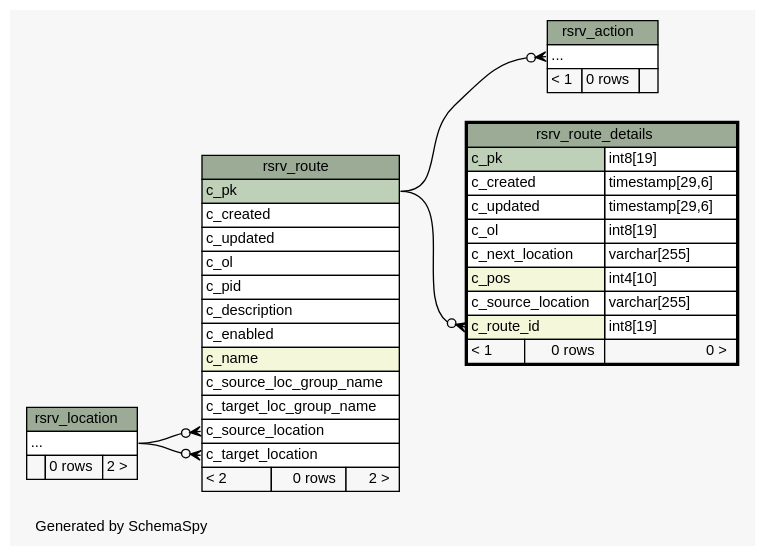
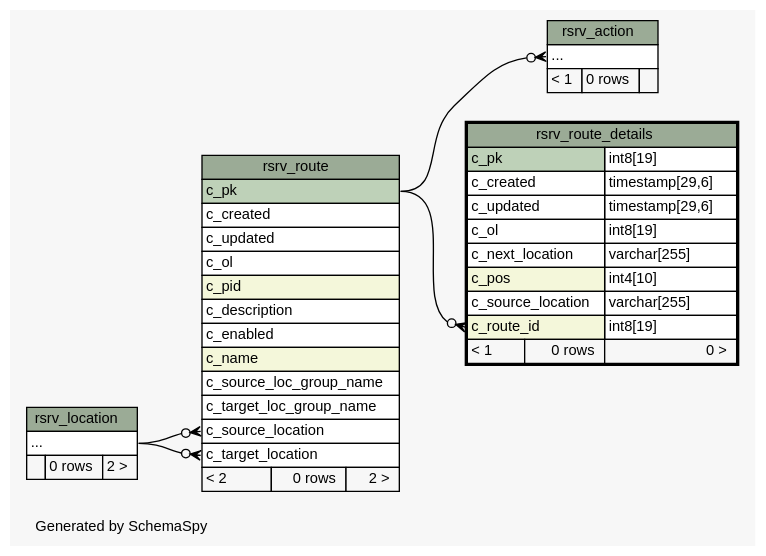
The diagram in 2.0.0-SNAPSHOT/schemaspy/diagrams/rsrv_route_details.2degrees.dot (openwms/org.openwms.tms.routing.lib), drawn with Graphviz before and after one commit. The commit also changed 396 other files, not shown here.

```diff
--- a/2.0.0-SNAPSHOT/schemaspy/diagrams/rsrv_route_details.2degrees.dot
+++ b/2.0.0-SNAPSHOT/schemaspy/diagrams/rsrv_route_details.2degrees.dot
@@ -1,84 +1,84 @@
-// dot 2.43.0 on Linux 5.11.0-1027-azure
+// dot 2.43.0 on Linux 5.13.0-1017-azure
 // SchemaSpy rev Unknown
 digraph "twoDegreesRelationshipsDiagram" {
   graph [
     rankdir="RL"
     bgcolor="#f7f7f7"
     label="\nGenerated by SchemaSpy"
     labeljust="l"
     nodesep="0.18"
     ranksep="0.46"
     fontname="Helvetica"
     fontsize="11"
   ];
   node [
     fontname="Helvetica"
     fontsize="11"
     shape="plaintext"
   ];
   edge [
     arrowsize="0.8"
   ];
   "rsrv_action":"elipses":w -> "rsrv_route":"c_pk":e [arrowhead=none dir=back arrowtail=crowodot];
   "rsrv_route":"c_source_location":w -> "rsrv_location":"elipses":e [arrowhead=none dir=back arrowtail=crowodot];
   "rsrv_route":"c_target_location":w -> "rsrv_location":"elipses":e [arrowhead=none dir=back arrowtail=crowodot];
   "rsrv_route_details":"c_route_id":w -> "rsrv_route":"c_pk":e [arrowhead=none dir=back arrowtail=crowodot];
   "rsrv_action" [
     label=<
     <TABLE BORDER="0" CELLBORDER="1" CELLSPACING="0" BGCOLOR="#ffffff">
       <TR><TD COLSPAN="3" BGCOLOR="#9bab96" ALIGN="CENTER">rsrv_action</TD></TR>
       <TR><TD PORT="elipses" COLSPAN="3" ALIGN="LEFT">...</TD></TR>
       <TR><TD ALIGN="LEFT" BGCOLOR="#f7f7f7">&lt; 1</TD><TD ALIGN="RIGHT" BGCOLOR="#f7f7f7">0 rows</TD><TD ALIGN="RIGHT" BGCOLOR="#f7f7f7">  </TD></TR>
     </TABLE>>
     URL="rsrv_action.html"
     tooltip="rsrv_action"
   ];
   "rsrv_location" [
     label=<
     <TABLE BORDER="0" CELLBORDER="1" CELLSPACING="0" BGCOLOR="#ffffff">
       <TR><TD COLSPAN="3" BGCOLOR="#9bab96" ALIGN="CENTER">rsrv_location</TD></TR>
       <TR><TD PORT="elipses" COLSPAN="3" ALIGN="LEFT">...</TD></TR>
       <TR><TD ALIGN="LEFT" BGCOLOR="#f7f7f7">  </TD><TD ALIGN="RIGHT" BGCOLOR="#f7f7f7">0 rows</TD><TD ALIGN="RIGHT" BGCOLOR="#f7f7f7">2 &gt;</TD></TR>
     </TABLE>>
     URL="rsrv_location.html"
     tooltip="rsrv_location"
   ];
   "rsrv_route" [
     label=<
     <TABLE BORDER="0" CELLBORDER="1" CELLSPACING="0" BGCOLOR="#ffffff">
       <TR><TD COLSPAN="3" BGCOLOR="#9bab96" ALIGN="CENTER">rsrv_route</TD></TR>
       <TR><TD PORT="c_pk" COLSPAN="3" BGCOLOR="#bed1b8" ALIGN="LEFT">c_pk</TD></TR>
       <TR><TD PORT="c_created" COLSPAN="3" ALIGN="LEFT">c_created</TD></TR>
       <TR><TD PORT="c_updated" COLSPAN="3" ALIGN="LEFT">c_updated</TD></TR>
       <TR><TD PORT="c_ol" COLSPAN="3" ALIGN="LEFT">c_ol</TD></TR>
-      <TR><TD PORT="c_pid" COLSPAN="3" ALIGN="LEFT">c_pid</TD></TR>
+      <TR><TD PORT="c_pid" COLSPAN="3" BGCOLOR="#f4f7da" ALIGN="LEFT">c_pid</TD></TR>
       <TR><TD PORT="c_description" COLSPAN="3" ALIGN="LEFT">c_description</TD></TR>
       <TR><TD PORT="c_enabled" COLSPAN="3" ALIGN="LEFT">c_enabled</TD></TR>
       <TR><TD PORT="c_name" COLSPAN="3" BGCOLOR="#f4f7da" ALIGN="LEFT">c_name</TD></TR>
       <TR><TD PORT="c_source_loc_group_name" COLSPAN="3" ALIGN="LEFT">c_source_loc_group_name</TD></TR>
       <TR><TD PORT="c_target_loc_group_name" COLSPAN="3" ALIGN="LEFT">c_target_loc_group_name</TD></TR>
       <TR><TD PORT="c_source_location" COLSPAN="3" ALIGN="LEFT">c_source_location</TD></TR>
       <TR><TD PORT="c_target_location" COLSPAN="3" ALIGN="LEFT">c_target_location</TD></TR>
       <TR><TD ALIGN="LEFT" BGCOLOR="#f7f7f7">&lt; 2</TD><TD ALIGN="RIGHT" BGCOLOR="#f7f7f7">0 rows</TD><TD ALIGN="RIGHT" BGCOLOR="#f7f7f7">2 &gt;</TD></TR>
     </TABLE>>
     URL="rsrv_route.html"
     tooltip="rsrv_route"
   ];
   "rsrv_route_details" [
     label=<
     <TABLE BORDER="2" CELLBORDER="1" CELLSPACING="0" BGCOLOR="#ffffff">
       <TR><TD COLSPAN="3" BGCOLOR="#9bab96" ALIGN="CENTER">rsrv_route_details</TD></TR>
       <TR><TD PORT="c_pk" COLSPAN="2" BGCOLOR="#bed1b8" ALIGN="LEFT">c_pk</TD><TD PORT="c_pk.type" ALIGN="LEFT">int8[19]</TD></TR>
       <TR><TD PORT="c_created" COLSPAN="2" ALIGN="LEFT">c_created</TD><TD PORT="c_created.type" ALIGN="LEFT">timestamp[29,6]</TD></TR>
       <TR><TD PORT="c_updated" COLSPAN="2" ALIGN="LEFT">c_updated</TD><TD PORT="c_updated.type" ALIGN="LEFT">timestamp[29,6]</TD></TR>
       <TR><TD PORT="c_ol" COLSPAN="2" ALIGN="LEFT">c_ol</TD><TD PORT="c_ol.type" ALIGN="LEFT">int8[19]</TD></TR>
       <TR><TD PORT="c_next_location" COLSPAN="2" ALIGN="LEFT">c_next_location</TD><TD PORT="c_next_location.type" ALIGN="LEFT">varchar[255]</TD></TR>
       <TR><TD PORT="c_pos" COLSPAN="2" BGCOLOR="#f4f7da" ALIGN="LEFT">c_pos</TD><TD PORT="c_pos.type" ALIGN="LEFT">int4[10]</TD></TR>
       <TR><TD PORT="c_source_location" COLSPAN="2" ALIGN="LEFT">c_source_location</TD><TD PORT="c_source_location.type" ALIGN="LEFT">varchar[255]</TD></TR>
       <TR><TD PORT="c_route_id" COLSPAN="2" BGCOLOR="#f4f7da" ALIGN="LEFT">c_route_id</TD><TD PORT="c_route_id.type" ALIGN="LEFT">int8[19]</TD></TR>
       <TR><TD ALIGN="LEFT" BGCOLOR="#f7f7f7">&lt; 1</TD><TD ALIGN="RIGHT" BGCOLOR="#f7f7f7">0 rows</TD><TD ALIGN="RIGHT" BGCOLOR="#f7f7f7">0 &gt;</TD></TR>
     </TABLE>>
     URL="rsrv_route_details.html"
     tooltip="rsrv_route_details"
   ];
 }
```
